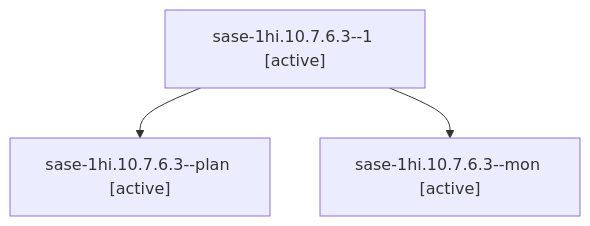
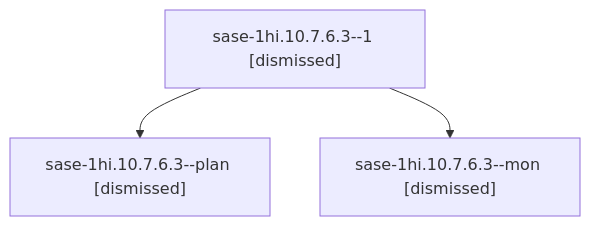
Before and after one commit to sase-org/sase--agents: the diagram in sessions/bbugyi200.apollo.sase-1hi.10.7.6.3.md, drawn with Mermaid. The commit also changed other lines of this file and 259 other files, not shown here.

````diff
--- a/sessions/bbugyi200.apollo.sase-1hi.10.7.6.3.md
+++ b/sessions/bbugyi200.apollo.sase-1hi.10.7.6.3.md
@@ -9,8 +9,8 @@
 ```mermaid
 flowchart TD
-  n0["sase-1hi.10.7.6.3--1 [active]"]
-  n1["sase-1hi.10.7.6.3--plan [active]"]
+  n0["sase-1hi.10.7.6.3--1 [dismissed]"]
+  n1["sase-1hi.10.7.6.3--plan [dismissed]"]
   n0 --> n1
-  n2["sase-1hi.10.7.6.3--mon [active]"]
+  n2["sase-1hi.10.7.6.3--mon [dismissed]"]
   n0 --> n2
 ```
````
